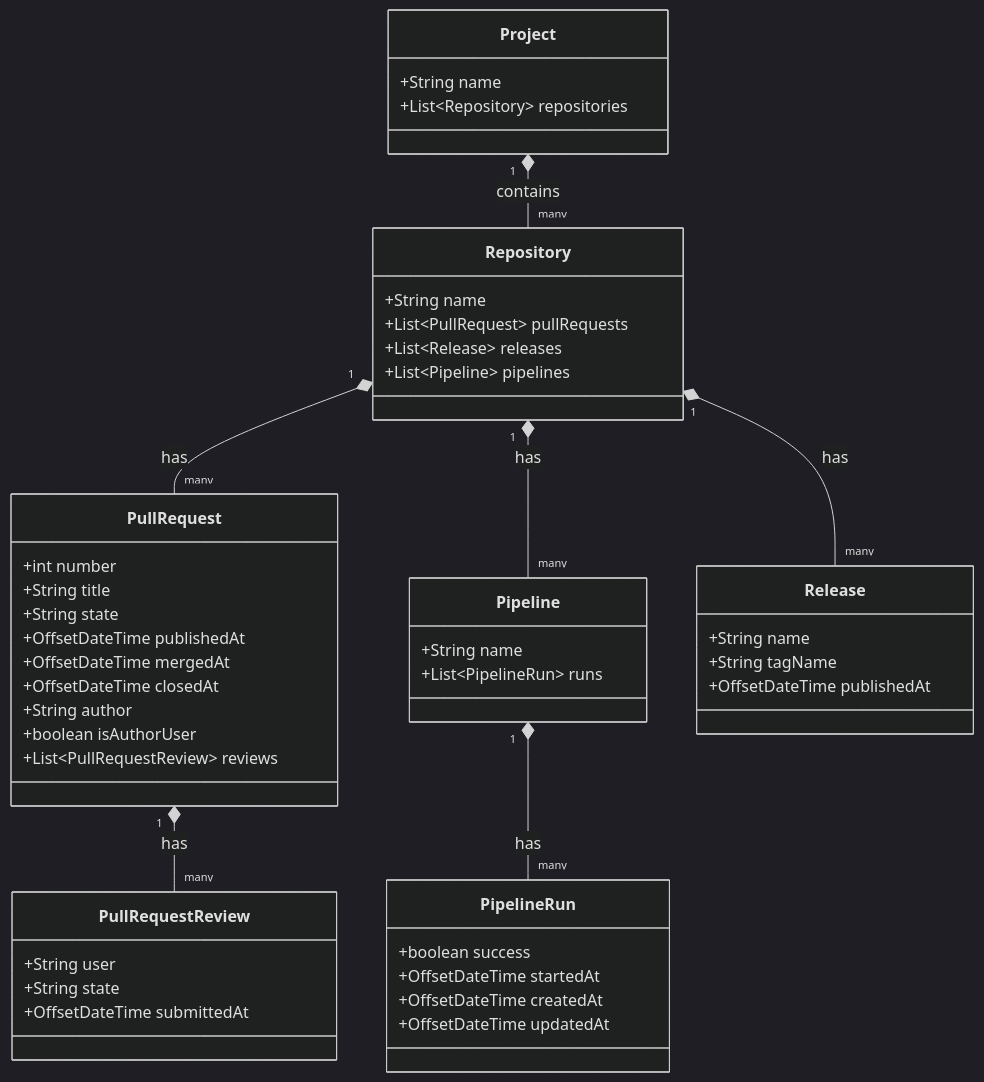
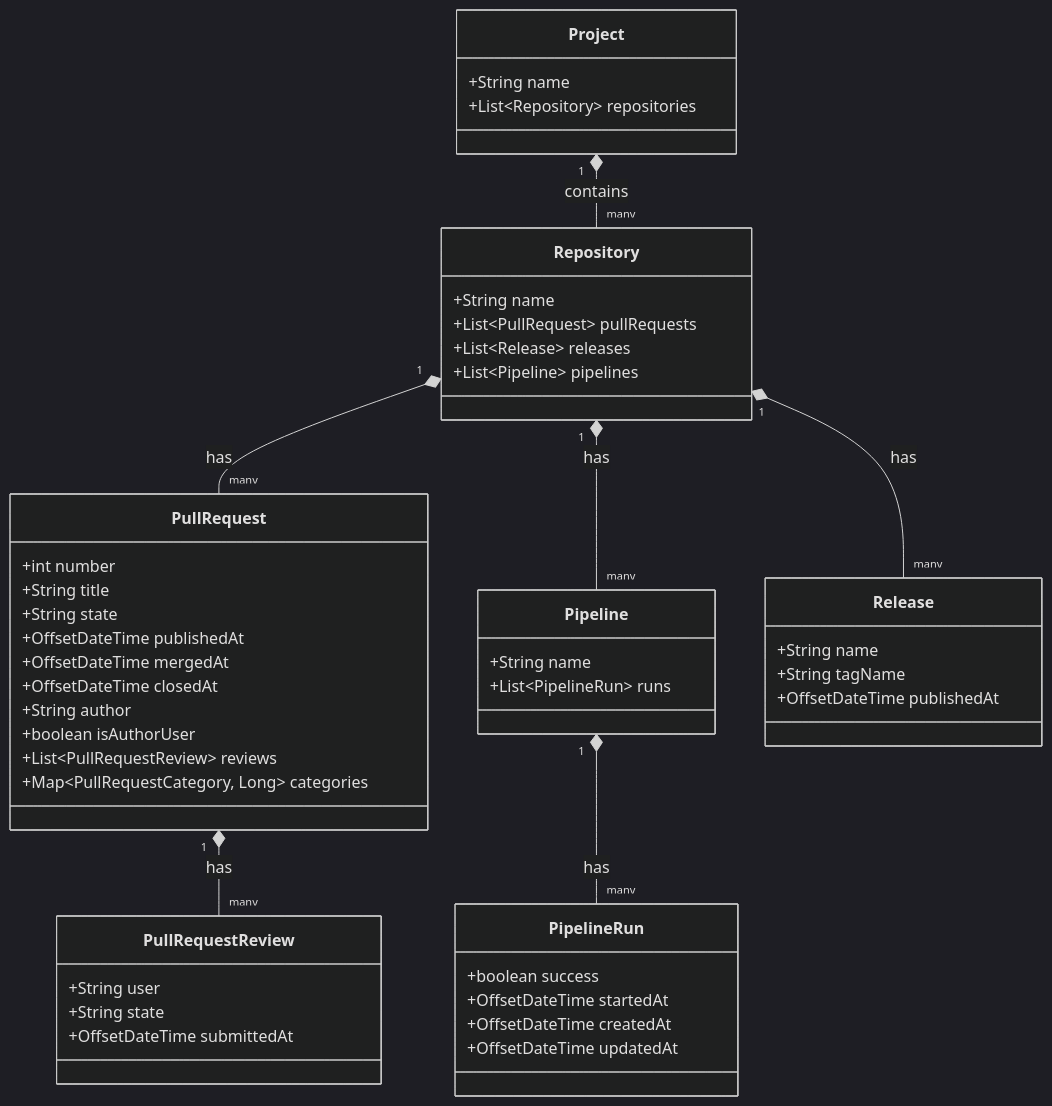
One commit to elieahd/metrics changed the second of 2 diagrams in README.md. Above: the diagram before and after it, drawn with Mermaid (dark theme). The commit also changed other lines of this file, not shown here.

````diff
--- a/README.md
+++ b/README.md
@@ -155,51 +156,52 @@
 ```mermaid
 classDiagram
     class Project {
         +String name
         +List~Repository~ repositories
     }
     class Repository {
         +String name
         +List~PullRequest~ pullRequests
         +List~Release~ releases
         +List~Pipeline~ pipelines
     }
     class Pipeline {
         +String name
         +List~PipelineRun~ runs
     }
     class PipelineRun {
         +boolean success
         +OffsetDateTime startedAt
         +OffsetDateTime createdAt
         +OffsetDateTime updatedAt
     }
     class PullRequest {
         +int number
         +String title
         +String state
         +OffsetDateTime publishedAt
         +OffsetDateTime mergedAt
         +OffsetDateTime closedAt
         +String author
         +boolean isAuthorUser
         +List~PullRequestReview~ reviews
+        +Map~PullRequestCategory, Long~ categories
     }
     class PullRequestReview {
         +String user
         +String state
         +OffsetDateTime submittedAt
     }
     class Release {
         +String name
         +String tagName
         +OffsetDateTime publishedAt
     }
 
     Project "1" *-- "many" Repository: contains
     Repository "1" *-- "many" PullRequest: has
     Repository "1" *-- "many" Release: has
     Repository "1" *-- "many" Pipeline: has
     Pipeline "1" *-- "many" PipelineRun: has
     PullRequest "1" *-- "many" PullRequestReview: has
 ```
````
